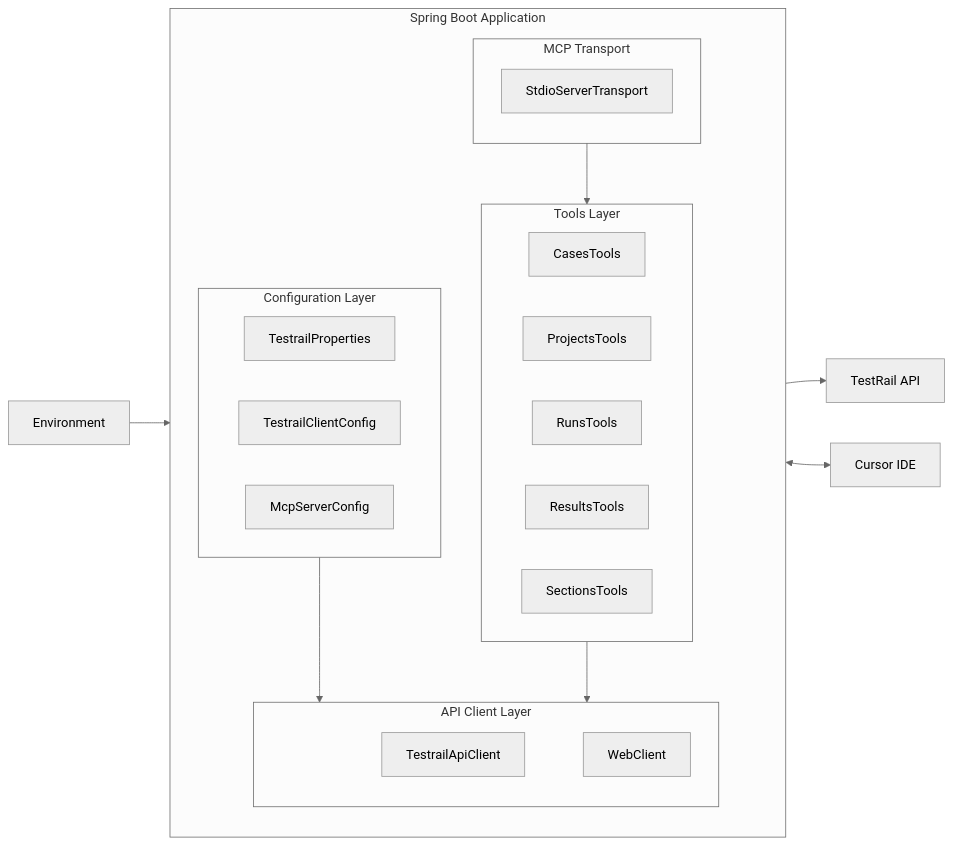
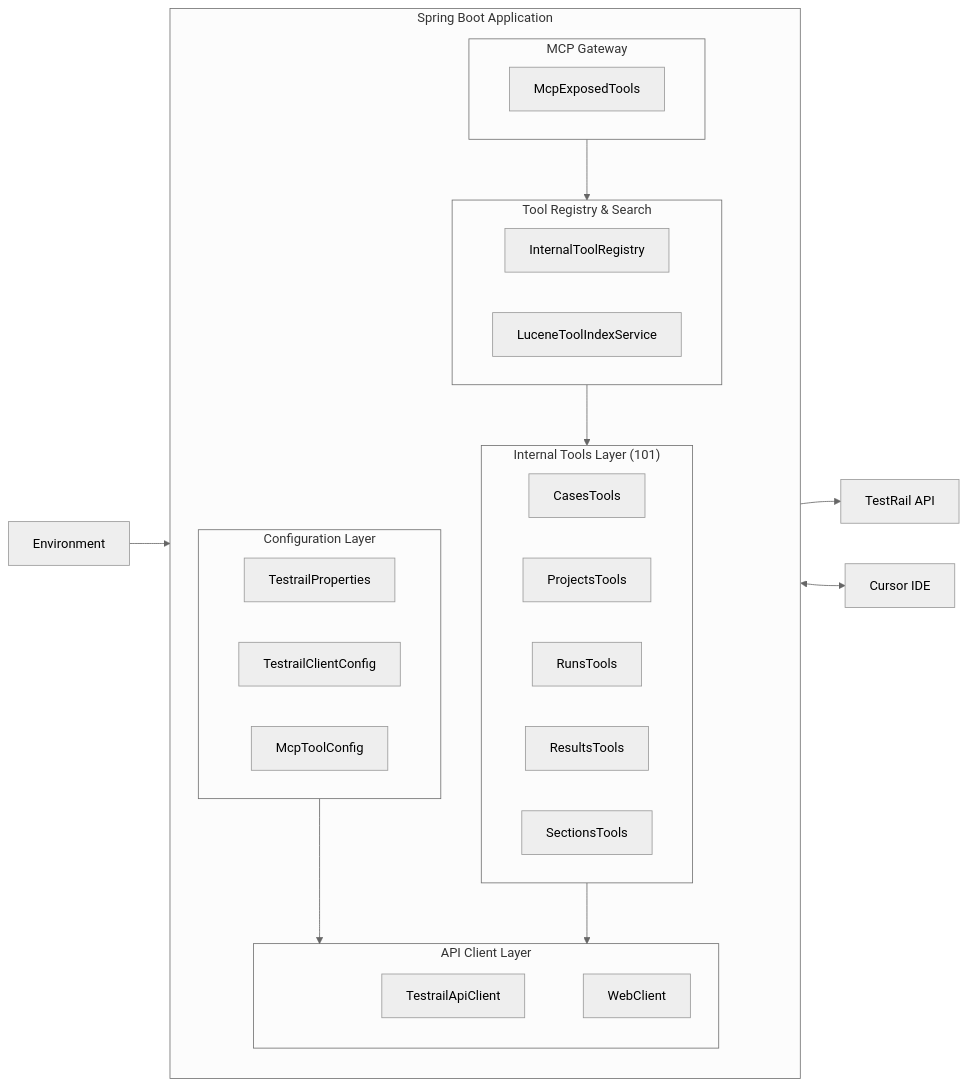
One commit to maheshyaddanapudi/testrail-mcp-server changed the second of 2 diagrams in README.md. Above: the diagram before and after it, drawn with Mermaid (neutral theme). The commit also changed other lines of this file and 11 other files, not shown here.

````diff
--- a/README.md
+++ b/README.md
@@ -95,38 +99,44 @@
 ```mermaid
 flowchart LR
     subgraph SpringBoot["Spring Boot Application"]
         direction TB
 
         subgraph Config["Configuration Layer"]
             TP[TestrailProperties]
             TCC[TestrailClientConfig]
-            MCC[McpServerConfig]
+            MCC[McpToolConfig]
         end
 
         subgraph Client["API Client Layer"]
             TAC[TestrailApiClient]
             WC[WebClient]
         end
 
-        subgraph ToolsLayer["Tools Layer"]
+        subgraph RegistryLayer["Tool Registry & Search"]
+            Registry[InternalToolRegistry]
+            Lucene[LuceneToolIndexService]
+        end
+
+        subgraph McpLayer["MCP Gateway"]
+            McpExposed[McpExposedTools]
+        end
+
+        subgraph ToolsLayer["Internal Tools Layer (101)"]
             direction LR
             CT[CasesTools]
             PT[ProjectsTools]
             RT[RunsTools]
             RST[ResultsTools]
             ST[SectionsTools]
         end
 
-        subgraph Transport["MCP Transport"]
-            STDIO[StdioServerTransport]
-        end
-
         Config --> Client
+        RegistryLayer --> ToolsLayer
+        McpLayer --> RegistryLayer
         ToolsLayer --> Client
-        Transport --> ToolsLayer
     end
 
     ENV[Environment] --> Config
     TAC --> API[TestRail API]
-    STDIO <--> Cursor[Cursor IDE]
+    McpLayer <--> Cursor[Cursor IDE]
 ```
````
